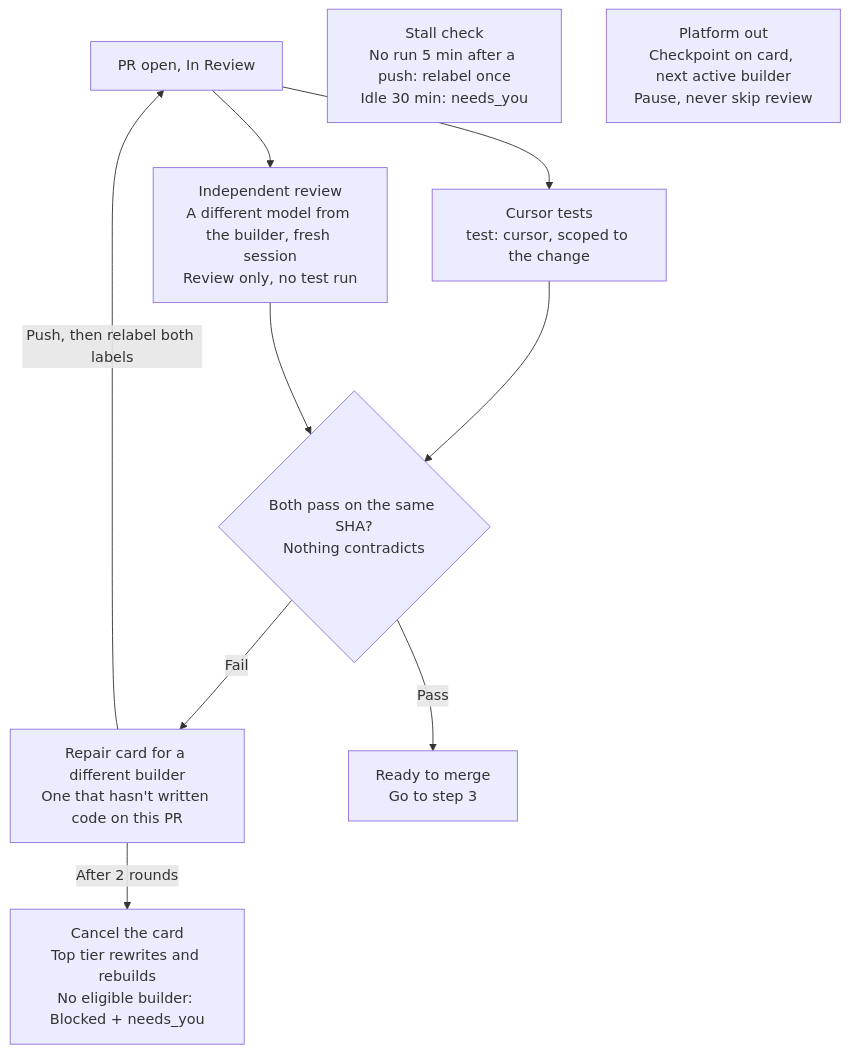
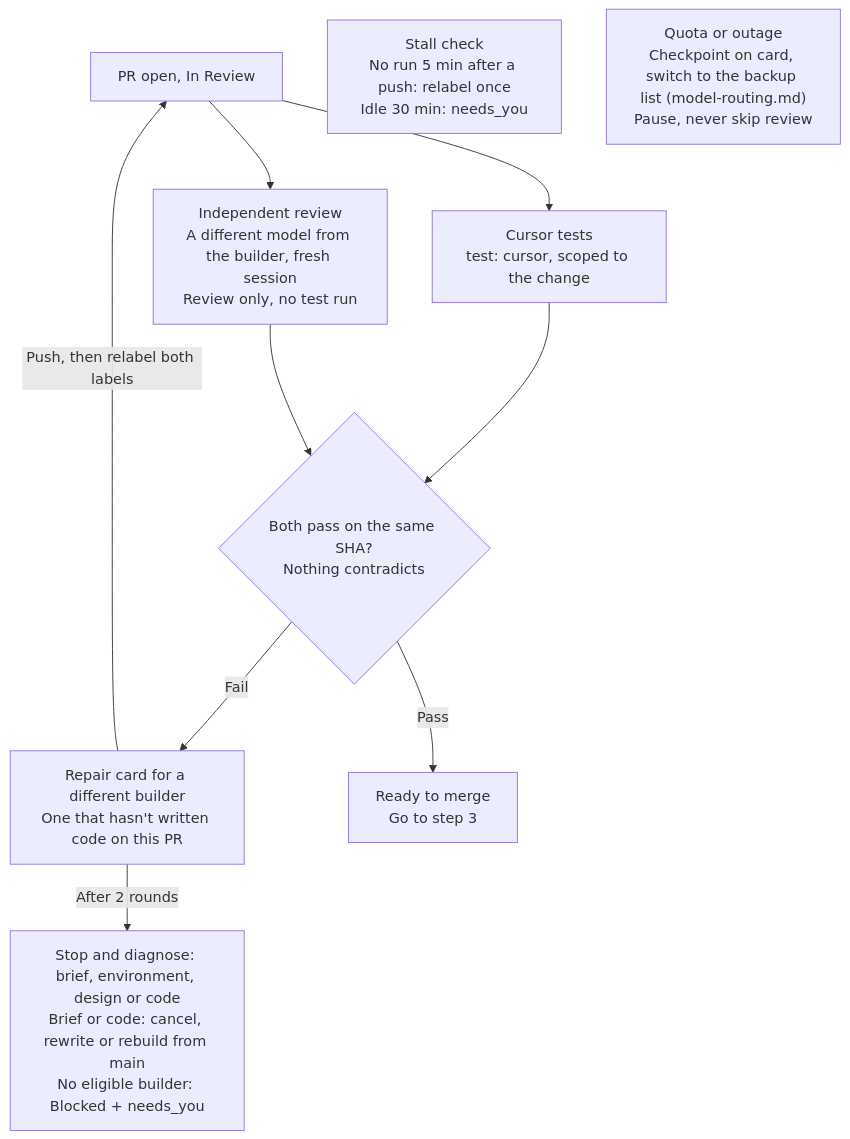
One commit to Maho1975/project-template changed the third of 4 diagrams in docs/delivery/workflow.md. Above: the diagram before and after it, drawn with Mermaid. The commit also changed 5 other files, not shown here.

First line of the commit message:
Add the model routing file: process map, quota switching, main list and single-provider lists (#8)

````diff
--- a/docs/delivery/workflow.md
+++ b/docs/delivery/workflow.md
@@ -31,13 +31,13 @@
 ```mermaid
 flowchart TD
     A["PR open, In Review"] --> B["Cursor tests<br/>test: cursor, scoped to the change"]
     A --> C["Independent review<br/>A different model from the builder, fresh session<br/>Review only, no test run"]
     B --> D{"Both pass on the same SHA?<br/>Nothing contradicts"}
     C --> D
     D -- "Fail" --> E["Repair card for a different builder<br/>One that hasn't written code on this PR"]
     E -- "Push, then relabel both labels" --> A
-    E -- "After 2 rounds" --> F["Cancel the card<br/>Top tier rewrites and rebuilds<br/>No eligible builder: Blocked + needs_you"]
+    E -- "After 2 rounds" --> F["Stop and diagnose: brief, environment, design or code<br/>Brief or code: cancel, rewrite or rebuild from main<br/>No eligible builder: Blocked + needs_you"]
     D -- "Pass" --> G["Ready to merge<br/>Go to step 3"]
     S["Stall check<br/>No run 5 min after a push: relabel once<br/>Idle 30 min: needs_you"]
-    P["Platform out<br/>Checkpoint on card, next active builder<br/>Pause, never skip review"]
+    P["Quota or outage<br/>Checkpoint on card, switch to the backup list (model-routing.md)<br/>Pause, never skip review"]
 ```
````
